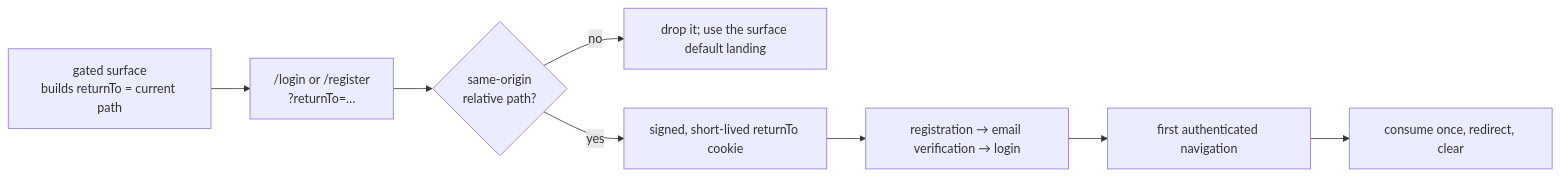
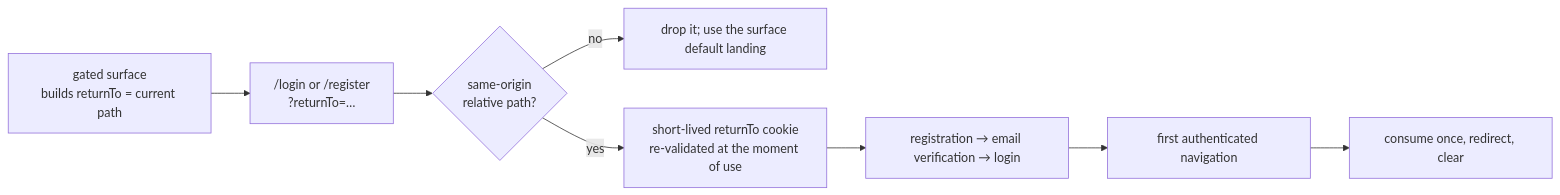
One commit to doctor-school/ds-platform changed the seventh of 11 diagrams in apps/docs/content/specs/features/014-event-recordings/014-design.md. Above: the diagram before and after it, drawn with Mermaid. The commit also changed other lines of this file and 12 other files, not shown here.

````diff
--- a/apps/docs/content/specs/features/014-event-recordings/014-design.md
+++ b/apps/docs/content/specs/features/014-event-recordings/014-design.md
@@ -221,10 +221,10 @@
 ```mermaid
 flowchart LR
   GATE["gated surface<br/>builds returnTo = current path"] --> ENTRY["/login or /register<br/>?returnTo=…"]
   ENTRY --> VALID{"same-origin<br/>relative path?"}
   VALID -- no --> DEF["drop it; use the surface default landing"]
-  VALID -- yes --> COOKIE["signed, short-lived returnTo cookie"]
+  VALID -- yes --> COOKIE["short-lived returnTo cookie<br/>re-validated at the moment of use"]
   COOKIE --> FLOW["registration → email verification → login"]
   FLOW --> FIRST["first authenticated navigation"]
   FIRST --> CONSUME["consume once, redirect, clear"]
 ```
````
